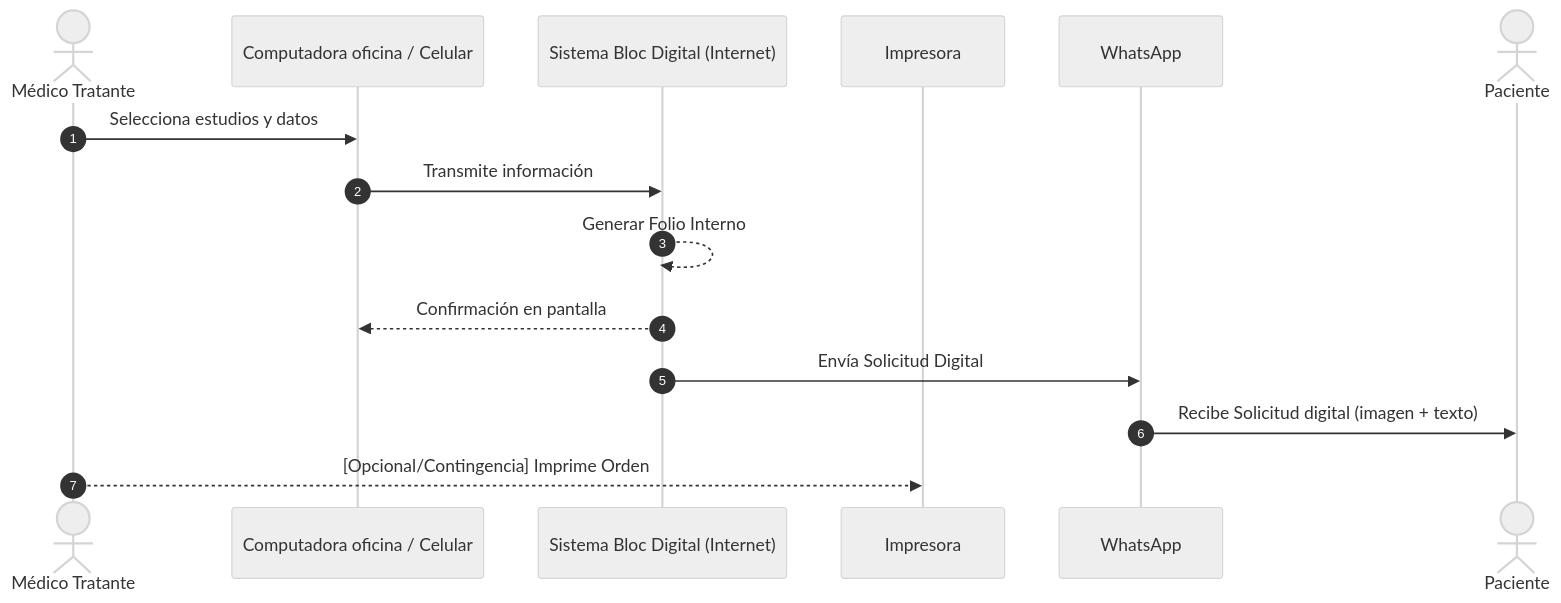
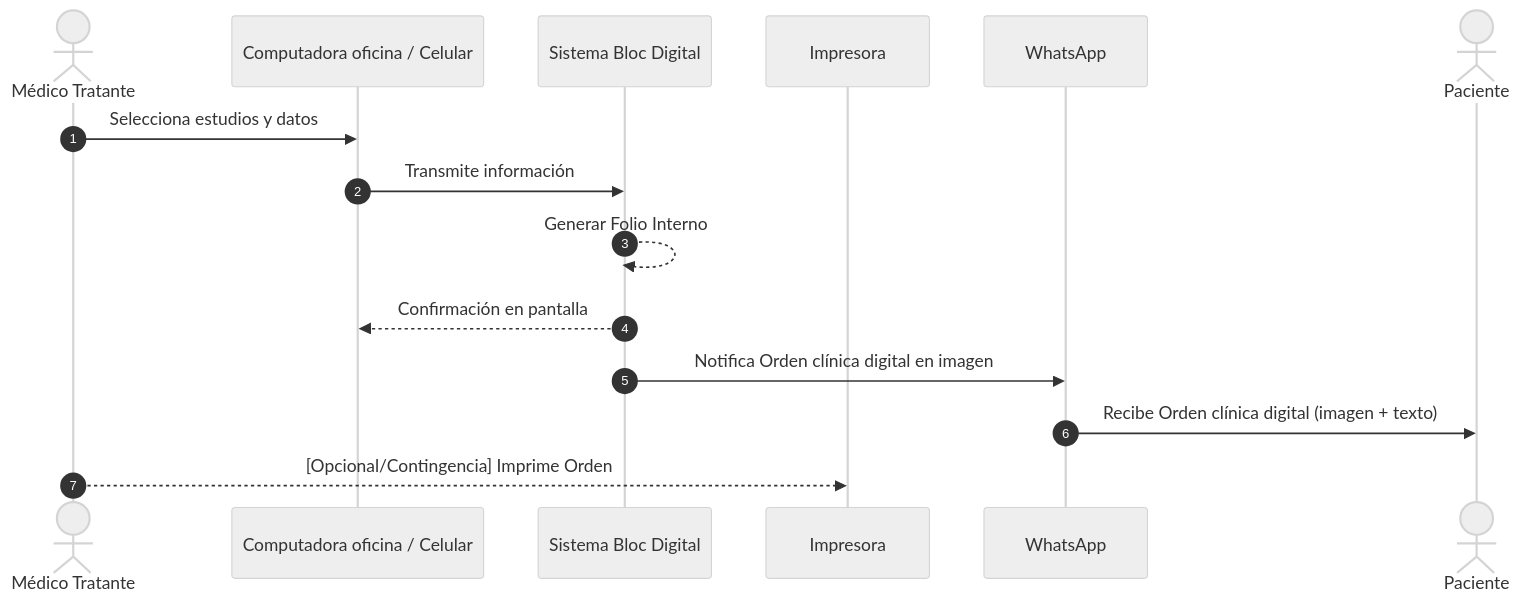
The diagram in portafolio-dev-2026/blocklabgd/contrato-laesh/v1.0/diagramas1.0/diag1.mmd (cbenavides/caelitandem_home), drawn with Mermaid (neutral theme) before and after one commit. The commit also changed 20 other files, not shown here.

Commit message:
Version 2.6, Refinando scope de resumen y propuesta para laesh se homologaron terminos , se incluyeron 3 diagramas mas para WA.

```diff
--- a/portafolio-dev-2026/blocklabgd/contrato-laesh/v1.0/diagramas1.0/diag1.mmd
+++ b/portafolio-dev-2026/blocklabgd/contrato-laesh/v1.0/diagramas1.0/diag1.mmd
@@ -1,16 +1,16 @@
 sequenceDiagram
     autonumber
     actor Medico as Médico Tratante
     participant PC as Computadora oficina / Celular
-    participant Nube as Sistema Bloc Digital (Internet)
+    participant Nube as Sistema Bloc Digital
     participant Impresora as Impresora
     participant WA as WhatsApp
     actor Paciente as Paciente
 
     Medico->>PC: Selecciona estudios y datos
     PC->>Nube: Transmite información
     Nube-->>Nube: Generar Folio Interno
     Nube-->>PC: Confirmación en pantalla
-    Nube->>WA: Envía Solicitud Digital
-    WA->>Paciente: Recibe Solicitud digital (imagen + texto)
+    Nube->>WA: Notifica Orden clínica digital en imagen
+    WA->>Paciente: Recibe Orden clínica digital (imagen + texto)
     Medico-->>Impresora: [Opcional/Contingencia] Imprime Orden
```
